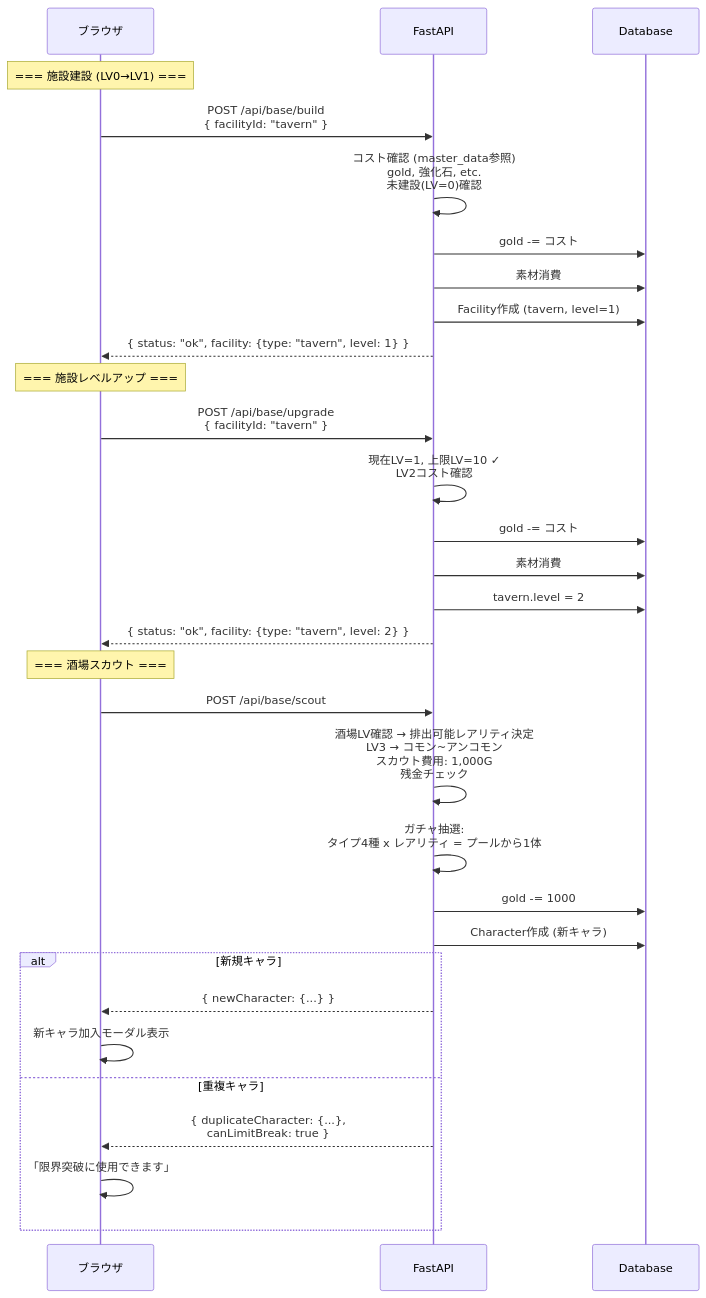
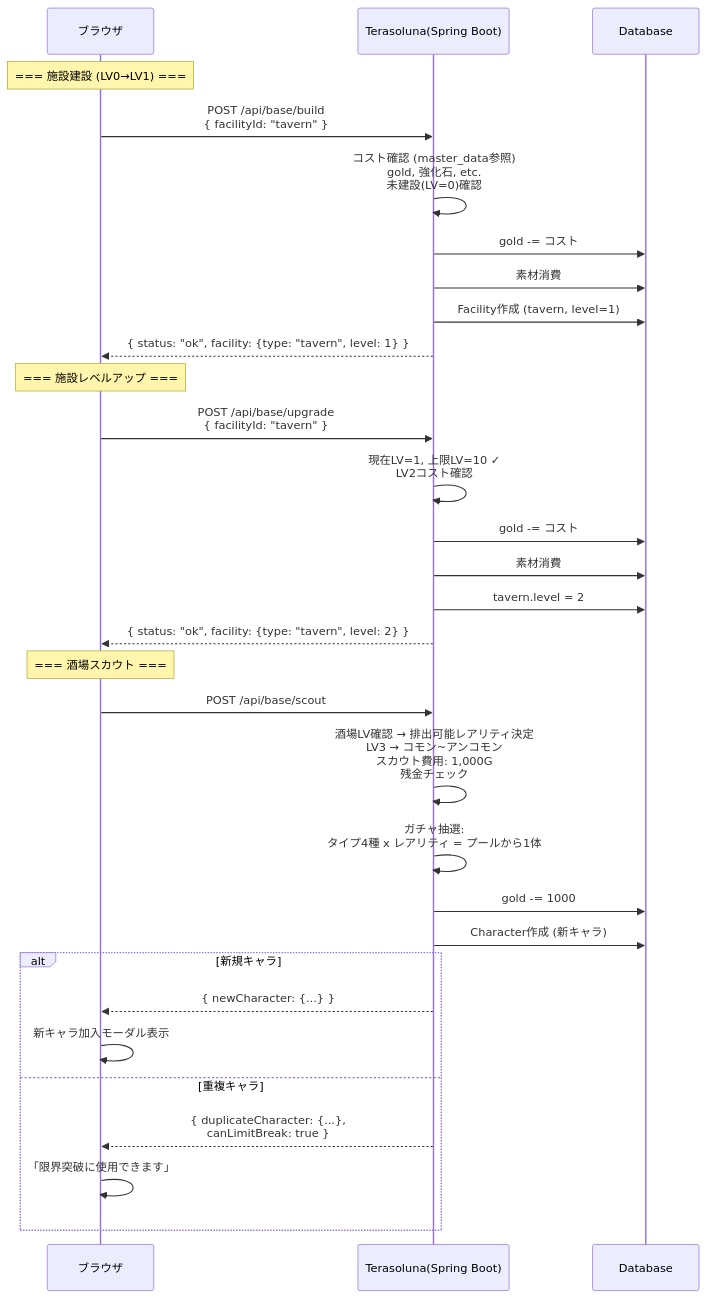
One commit to dateeee/2026_AFKGAME changed the first of 2 diagrams in docs/diagrams/api_sequence/base.md. Above: the diagram before and after it, drawn with Mermaid. The commit also changed other lines of this file and 52 other files, not shown here.

````diff
--- a/docs/diagrams/api_sequence/base.md
+++ b/docs/diagrams/api_sequence/base.md
@@ -7,48 +7,48 @@
 ```mermaid
 %%{init: {'theme': 'default', 'sequence': {'actorFontSize': 18, 'messageFontSize': 16, 'noteFontSize': 14}} }%%
 sequenceDiagram
     participant B as ブラウザ
-    participant API as FastAPI
+    participant API as Terasoluna(Spring Boot)
     participant DB as Database
 
     Note over B: === 施設建設 (LV0→LV1) ===
 
     B->>API: POST /api/base/build<br/>{ facilityId: "tavern" }
 
     API->>API: コスト確認 (master_data参照)<br/>gold, 強化石, etc.<br/>未建設(LV=0)確認
 
     API->>DB: gold -= コスト
     API->>DB: 素材消費
     API->>DB: Facility作成 (tavern, level=1)
     API-->>B: { status: "ok", facility: {type: "tavern", level: 1} }
 
     Note over B: === 施設レベルアップ ===
 
     B->>API: POST /api/base/upgrade<br/>{ facilityId: "tavern" }
 
     API->>API: 現在LV=1, 上限LV=10 ✓<br/>LV2コスト確認
 
     API->>DB: gold -= コスト
     API->>DB: 素材消費
     API->>DB: tavern.level = 2
     API-->>B: { status: "ok", facility: {type: "tavern", level: 2} }
 
     Note over B: === 酒場スカウト ===
 
     B->>API: POST /api/base/scout
 
     API->>API: 酒場LV確認 → 排出可能レアリティ決定<br/>LV3 → コモン~アンコモン<br/>スカウト費用: 1,000G<br/>残金チェック
 
     API->>API: ガチャ抽選:<br/>タイプ4種 x レアリティ = プールから1体
 
     API->>DB: gold -= 1000
     API->>DB: Character作成 (新キャラ)
 
     alt 新規キャラ
         API-->>B: { newCharacter: {...} }
         B->>B: 新キャラ加入モーダル表示
     else 重複キャラ
         API-->>B: { duplicateCharacter: {...},<br/>  canLimitBreak: true }
         B->>B: 「限界突破に使用できます」
     end
 ```
````
